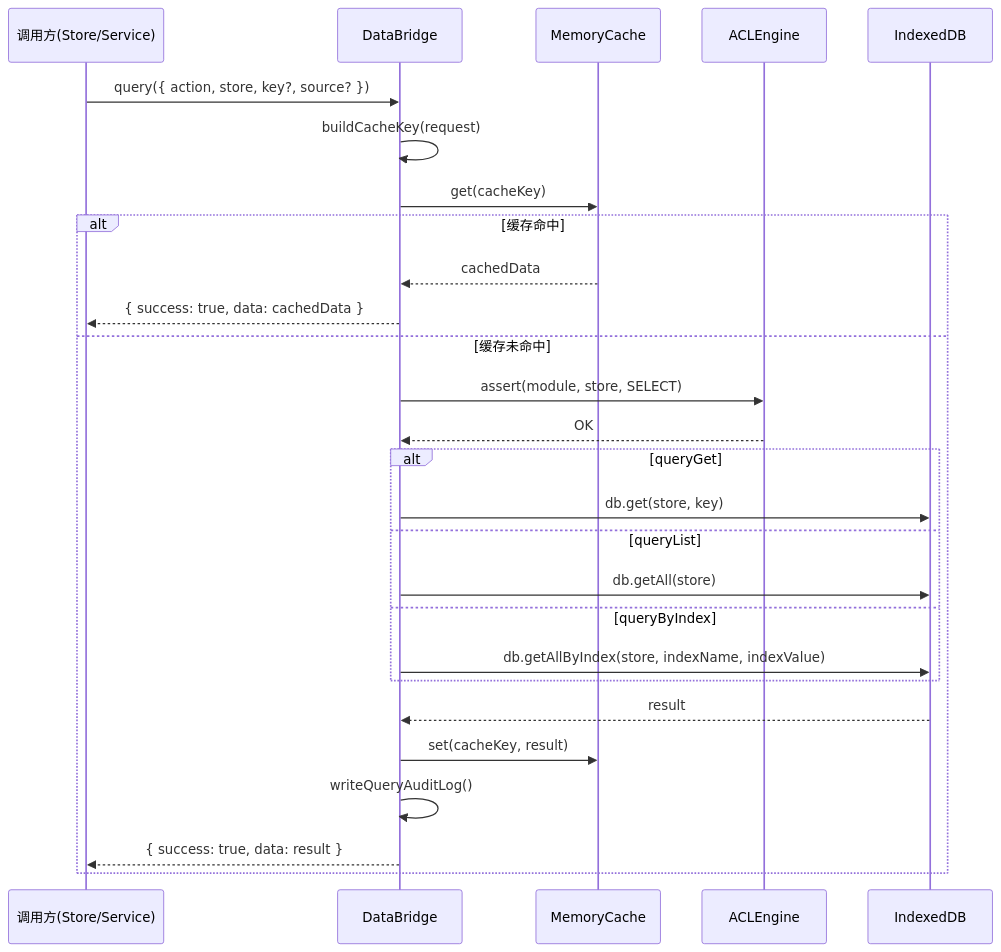
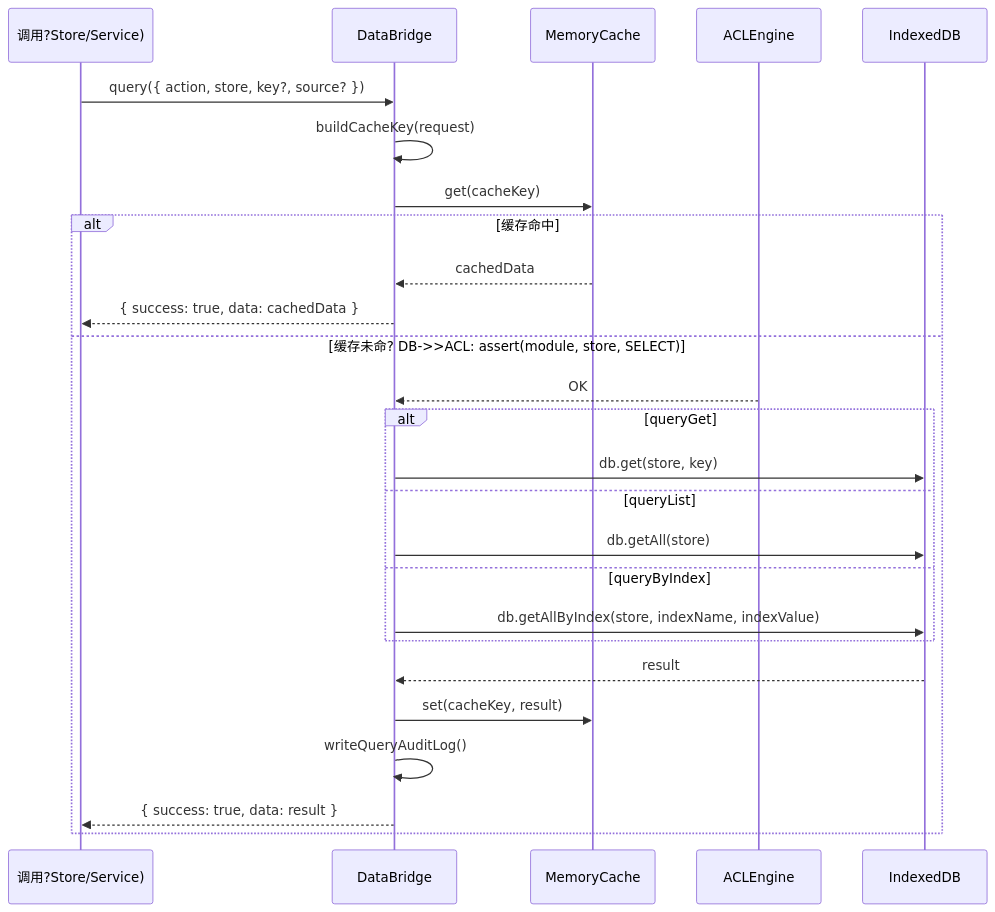
Diagram 18 of 19 in docs/explanation/design/databridge数据链路全景分析报告.md (DHENGHONGYU/-), drawn with Mermaid before and after one commit. The commit also changed other lines of this file and 1711 other files, not shown here.

````diff
--- a/docs/explanation/design/databridge数据链路全景分析报告.md
+++ b/docs/explanation/design/databridge数据链路全景分析报告.md
@@ -952,36 +886,35 @@
 ```mermaid
 sequenceDiagram
-    participant Client as 调用方(Store/Service)
+    participant Client as 调用?Store/Service)
     participant DB as DataBridge
     participant Cache as MemoryCache
     participant ACL as ACLEngine
     participant IndexedDB as IndexedDB
     
     Client->>DB: query({ action, store, key?, source? })
     
     DB->>DB: buildCacheKey(request)
     DB->>Cache: get(cacheKey)
     
     alt 缓存命中
         Cache-->>DB: cachedData
         DB-->>Client: { success: true, data: cachedData }
-    else 缓存未命中
-        DB->>ACL: assert(module, store, SELECT)
+    else 缓存未命?        DB->>ACL: assert(module, store, SELECT)
         ACL-->>DB: OK
         
         alt queryGet
             DB->>IndexedDB: db.get(store, key)
         else queryList
             DB->>IndexedDB: db.getAll(store)
         else queryByIndex
             DB->>IndexedDB: db.getAllByIndex(store, indexName, indexValue)
         end
         
         IndexedDB-->>DB: result
         
         DB->>Cache: set(cacheKey, result)
         DB->>DB: writeQueryAuditLog()
         
         DB-->>Client: { success: true, data: result }
     end
 ```
````
